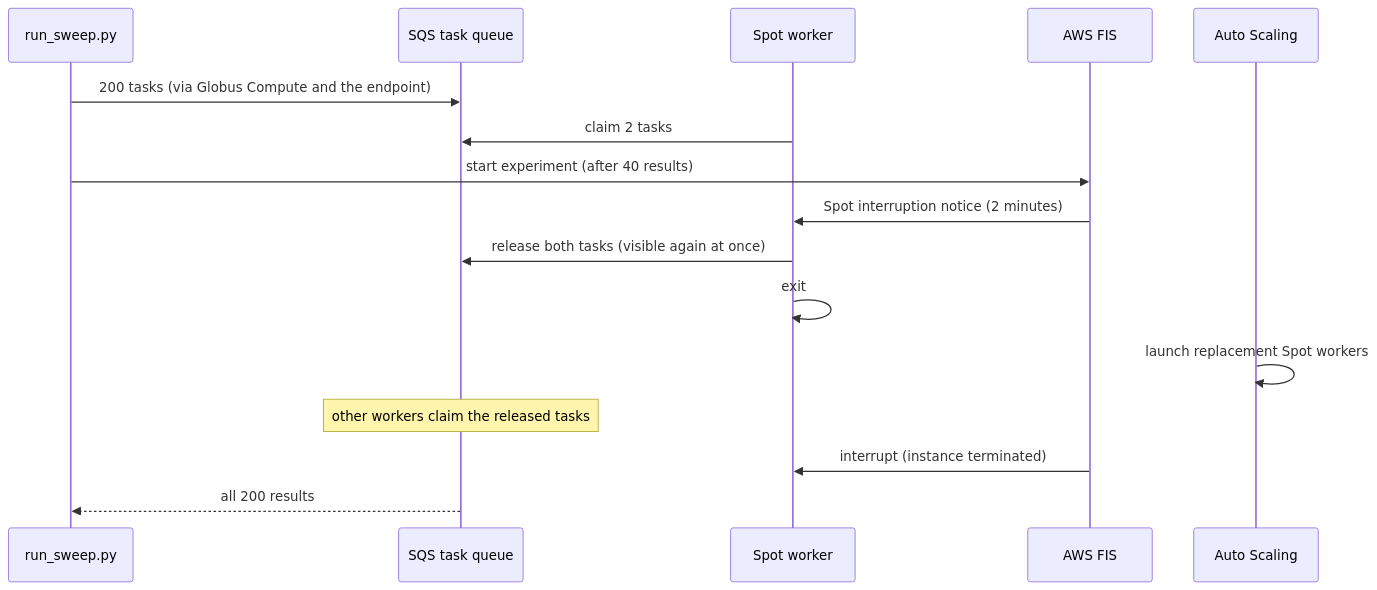
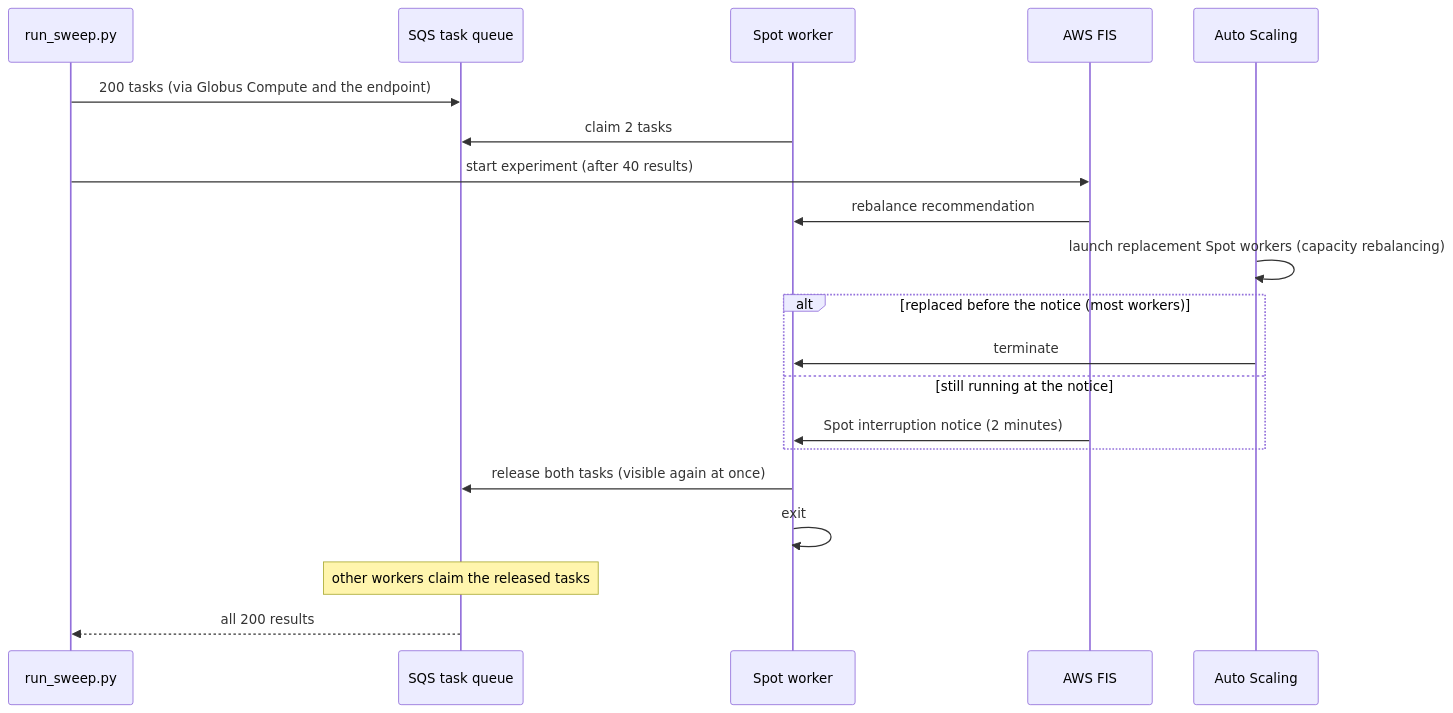
Before and after one commit to scttfrdmn/aws-elastic-globus-compute: the diagram in docs/tutorials/spot-sweep.md, drawn with Mermaid. The commit also changed other lines of this file and 23 other files, not shown here.

````diff
--- a/docs/tutorials/spot-sweep.md
+++ b/docs/tutorials/spot-sweep.md
@@ -20,18 +20,22 @@
 ```mermaid
 sequenceDiagram
     participant You as run_sweep.py
     participant Q as SQS task queue
     participant W as Spot worker
     participant FIS as AWS FIS
     participant ASG as Auto Scaling
     You->>Q: 200 tasks (via Globus Compute and the endpoint)
     W->>Q: claim 2 tasks
     You->>FIS: start experiment (after 40 results)
-    FIS->>W: Spot interruption notice (2 minutes)
+    FIS->>W: rebalance recommendation
+    ASG->>ASG: launch replacement Spot workers (capacity rebalancing)
+    alt replaced before the notice (most workers)
+        ASG->>W: terminate
+    else still running at the notice
+        FIS->>W: Spot interruption notice (2 minutes)
+    end
     W->>Q: release both tasks (visible again at once)
     W->>W: exit
-    ASG->>ASG: launch replacement Spot workers
     Note over Q: other workers claim the released tasks
-    FIS->>W: interrupt (instance terminated)
     Q-->>You: all 200 results
 ```
````
